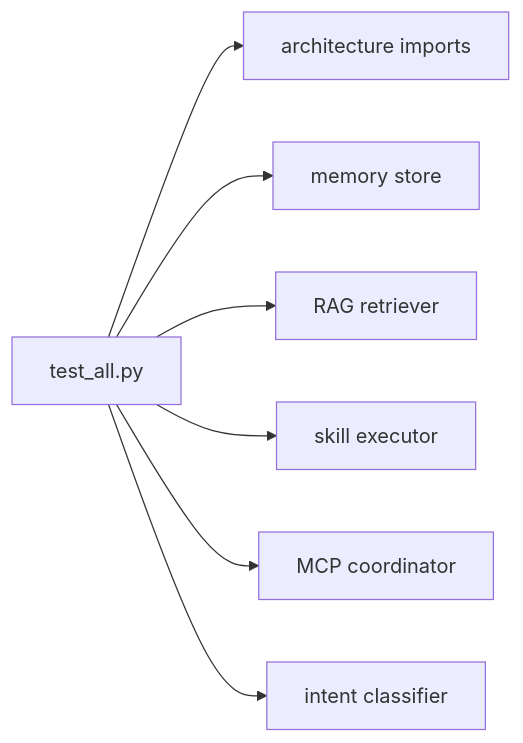
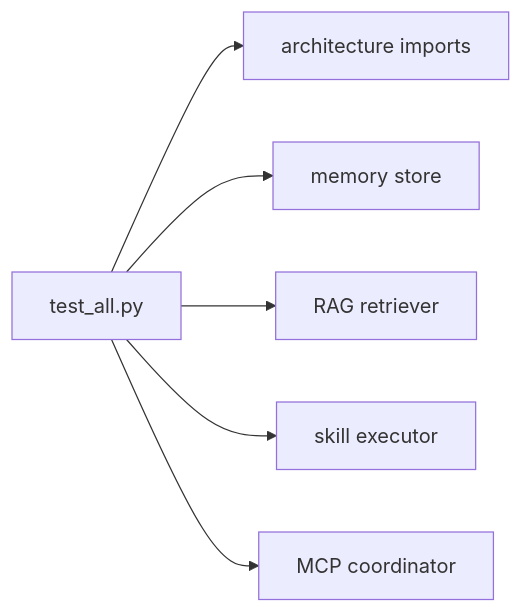
Before and after one commit to Yogeshkharb111/LocalMind---Local-AI-Personal-Assistant-with-Agentic-Capabilities-: the diagram in docs/tests.md, drawn with Mermaid. The commit also changed other lines of this file and 23 other files, not shown here.

````diff
--- a/docs/tests.md
+++ b/docs/tests.md
@@ -14,9 +14,8 @@
 ```mermaid
 flowchart LR
     T["test_all.py"] --> A["architecture imports"]
     T --> M["memory store"]
     T --> R["RAG retriever"]
     T --> S["skill executor"]
     T --> C["MCP coordinator"]
-    T --> I["intent classifier"]
 ```
````
